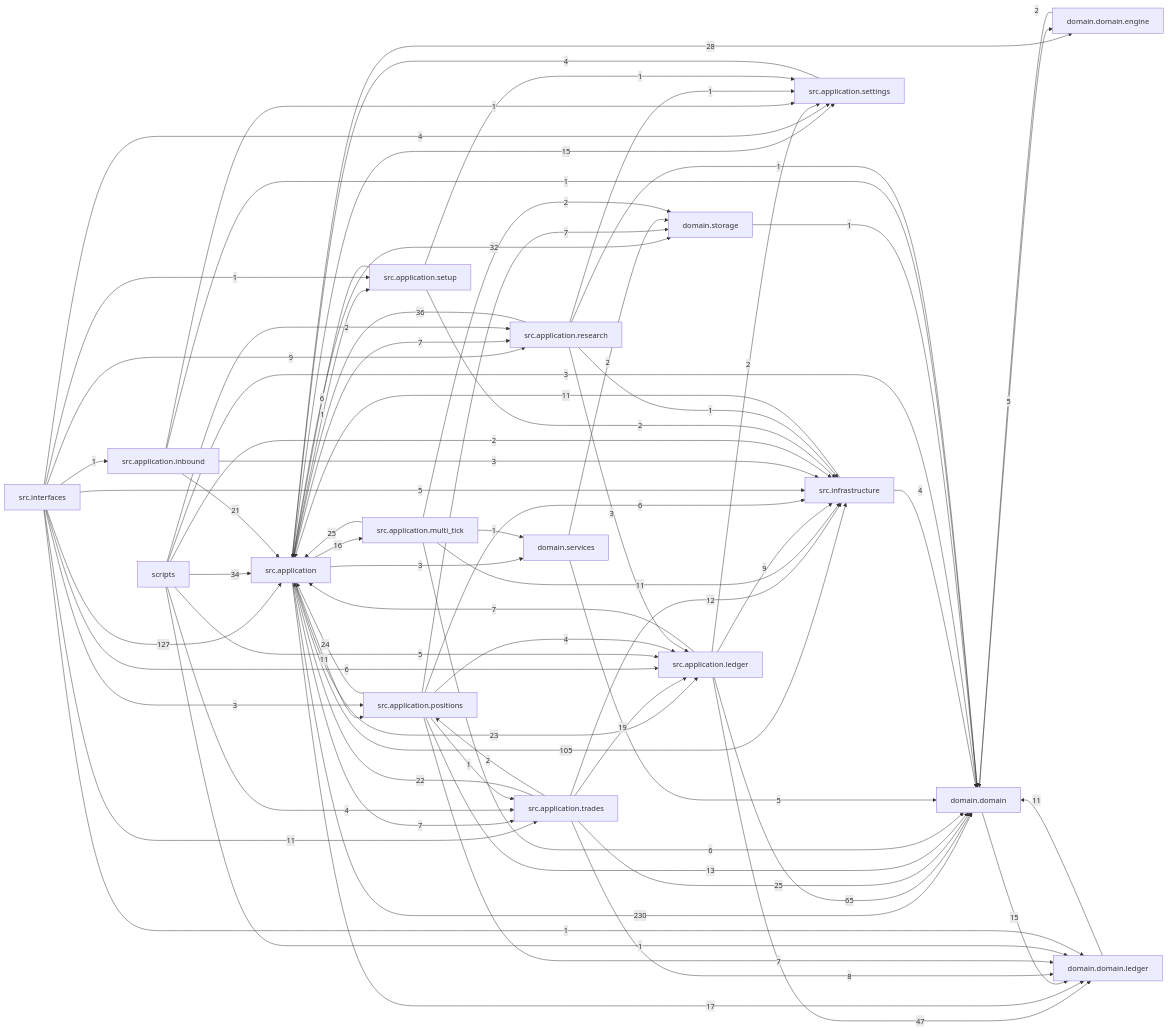
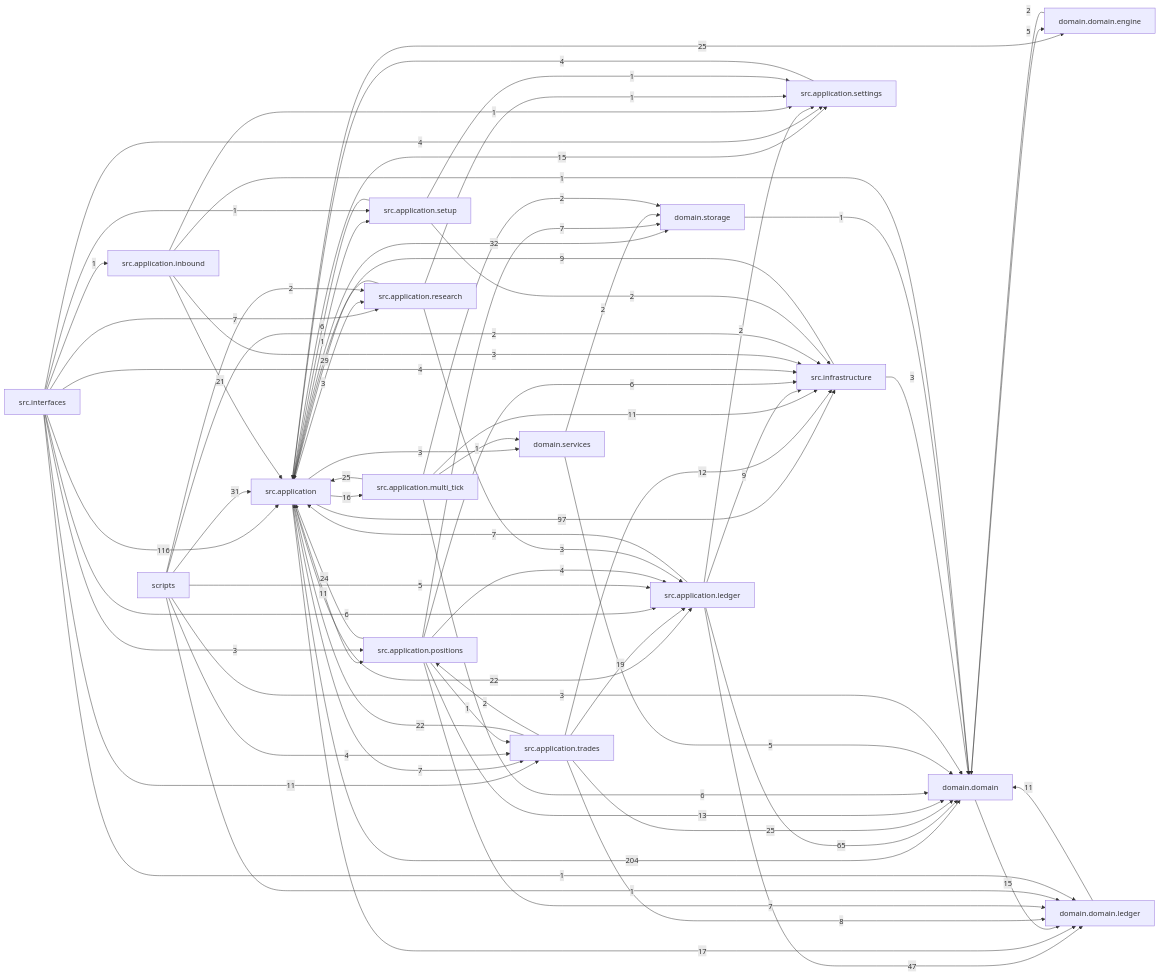
One commit to liuxie066/options-monitor changed the diagram in docs/dependency_graph.mmd. Above: the diagram before and after it, drawn with Mermaid. The commit also changed 122 other files, not shown here.

```diff
--- a/docs/dependency_graph.mmd
+++ b/docs/dependency_graph.mmd
@@ -1,76 +1,74 @@
 flowchart LR
-  src_application["src.application"] -->|230| domain_domain["domain.domain"]
-  src_interfaces["src.interfaces"] -->|127| src_application["src.application"]
-  src_application["src.application"] -->|105| src_infrastructure["src.infrastructure"]
+  src_application["src.application"] -->|204| domain_domain["domain.domain"]
+  src_interfaces["src.interfaces"] -->|116| src_application["src.application"]
+  src_application["src.application"] -->|97| src_infrastructure["src.infrastructure"]
   src_application_ledger["src.application.ledger"] -->|65| domain_domain["domain.domain"]
   src_application_ledger["src.application.ledger"] -->|47| domain_domain_ledger["domain.domain.ledger"]
-  src_application_research["src.application.research"] -->|36| src_application["src.application"]
-  scripts["scripts"] -->|34| src_application["src.application"]
   src_application["src.application"] -->|32| domain_storage["domain.storage"]
-  src_application["src.application"] -->|28| domain_domain_engine["domain.domain.engine"]
+  scripts["scripts"] -->|31| src_application["src.application"]
+  src_application_research["src.application.research"] -->|29| src_application["src.application"]
+  src_application["src.application"] -->|25| domain_domain_engine["domain.domain.engine"]
   src_application_multi_tick["src.application.multi_tick"] -->|25| src_application["src.application"]
   src_application_trades["src.application.trades"] -->|25| domain_domain["domain.domain"]
   src_application_positions["src.application.positions"] -->|24| src_application["src.application"]
-  src_application["src.application"] -->|23| src_application_ledger["src.application.ledger"]
+  src_application["src.application"] -->|22| src_application_ledger["src.application.ledger"]
   src_application_trades["src.application.trades"] -->|22| src_application["src.application"]
   src_application_inbound["src.application.inbound"] -->|21| src_application["src.application"]
   src_application_trades["src.application.trades"] -->|19| src_application_ledger["src.application.ledger"]
   src_application["src.application"] -->|17| domain_domain_ledger["domain.domain.ledger"]
   src_application["src.application"] -->|16| src_application_multi_tick["src.application.multi_tick"]
   domain_domain["domain.domain"] -->|15| domain_domain_ledger["domain.domain.ledger"]
   src_application["src.application"] -->|15| src_application_settings["src.application.settings"]
   src_application_positions["src.application.positions"] -->|13| domain_domain["domain.domain"]
   src_application_trades["src.application.trades"] -->|12| src_infrastructure["src.infrastructure"]
   domain_domain_ledger["domain.domain.ledger"] -->|11| domain_domain["domain.domain"]
   src_application["src.application"] -->|11| src_application_positions["src.application.positions"]
   src_application_multi_tick["src.application.multi_tick"] -->|11| src_infrastructure["src.infrastructure"]
-  src_infrastructure["src.infrastructure"] -->|11| src_application["src.application"]
   src_interfaces["src.interfaces"] -->|11| src_application_trades["src.application.trades"]
   src_application_ledger["src.application.ledger"] -->|9| src_infrastructure["src.infrastructure"]
-  src_interfaces["src.interfaces"] -->|9| src_application_research["src.application.research"]
+  src_infrastructure["src.infrastructure"] -->|9| src_application["src.application"]
   src_application_trades["src.application.trades"] -->|8| domain_domain_ledger["domain.domain.ledger"]
-  src_application["src.application"] -->|7| src_application_research["src.application.research"]
   src_application["src.application"] -->|7| src_application_trades["src.application.trades"]
   src_application_ledger["src.application.ledger"] -->|7| src_application["src.application"]
   src_application_positions["src.application.positions"] -->|7| domain_domain_ledger["domain.domain.ledger"]
   src_application_positions["src.application.positions"] -->|7| domain_storage["domain.storage"]
+  src_interfaces["src.interfaces"] -->|7| src_application_research["src.application.research"]
   src_application_multi_tick["src.application.multi_tick"] -->|6| domain_domain["domain.domain"]
   src_application_positions["src.application.positions"] -->|6| src_infrastructure["src.infrastructure"]
   src_application_setup["src.application.setup"] -->|6| src_application["src.application"]
   src_interfaces["src.interfaces"] -->|6| src_application_ledger["src.application.ledger"]
   domain_domain["domain.domain"] -->|5| domain_domain_engine["domain.domain.engine"]
   domain_services["domain.services"] -->|5| domain_domain["domain.domain"]
   scripts["scripts"] -->|5| src_application_ledger["src.application.ledger"]
-  src_interfaces["src.interfaces"] -->|5| src_infrastructure["src.infrastructure"]
   scripts["scripts"] -->|4| src_application_trades["src.application.trades"]
   src_application_positions["src.application.positions"] -->|4| src_application_ledger["src.application.ledger"]
   src_application_settings["src.application.settings"] -->|4| src_application["src.application"]
-  src_infrastructure["src.infrastructure"] -->|4| domain_domain["domain.domain"]
   src_interfaces["src.interfaces"] -->|4| src_application_settings["src.application.settings"]
+  src_interfaces["src.interfaces"] -->|4| src_infrastructure["src.infrastructure"]
   scripts["scripts"] -->|3| domain_domain["domain.domain"]
   src_application["src.application"] -->|3| domain_services["domain.services"]
+  src_application["src.application"] -->|3| src_application_research["src.application.research"]
   src_application_inbound["src.application.inbound"] -->|3| src_infrastructure["src.infrastructure"]
   src_application_research["src.application.research"] -->|3| src_application_ledger["src.application.ledger"]
+  src_infrastructure["src.infrastructure"] -->|3| domain_domain["domain.domain"]
   src_interfaces["src.interfaces"] -->|3| src_application_positions["src.application.positions"]
   domain_domain_engine["domain.domain.engine"] -->|2| domain_domain["domain.domain"]
   domain_services["domain.services"] -->|2| domain_storage["domain.storage"]
   scripts["scripts"] -->|2| src_application_research["src.application.research"]
   scripts["scripts"] -->|2| src_infrastructure["src.infrastructure"]
   src_application_ledger["src.application.ledger"] -->|2| src_application_settings["src.application.settings"]
   src_application_multi_tick["src.application.multi_tick"] -->|2| domain_storage["domain.storage"]
   src_application_setup["src.application.setup"] -->|2| src_infrastructure["src.infrastructure"]
   src_application_trades["src.application.trades"] -->|2| src_application_positions["src.application.positions"]
   domain_storage["domain.storage"] -->|1| domain_domain["domain.domain"]
   scripts["scripts"] -->|1| domain_domain_ledger["domain.domain.ledger"]
   src_application["src.application"] -->|1| src_application_setup["src.application.setup"]
   src_application_inbound["src.application.inbound"] -->|1| domain_domain["domain.domain"]
   src_application_inbound["src.application.inbound"] -->|1| src_application_settings["src.application.settings"]
   src_application_multi_tick["src.application.multi_tick"] -->|1| domain_services["domain.services"]
   src_application_positions["src.application.positions"] -->|1| src_application_trades["src.application.trades"]
-  src_application_research["src.application.research"] -->|1| domain_domain["domain.domain"]
   src_application_research["src.application.research"] -->|1| src_application_settings["src.application.settings"]
-  src_application_research["src.application.research"] -->|1| src_infrastructure["src.infrastructure"]
   src_application_setup["src.application.setup"] -->|1| src_application_settings["src.application.settings"]
   src_interfaces["src.interfaces"] -->|1| domain_domain_ledger["domain.domain.ledger"]
   src_interfaces["src.interfaces"] -->|1| src_application_inbound["src.application.inbound"]
   src_interfaces["src.interfaces"] -->|1| src_application_setup["src.application.setup"]
```
